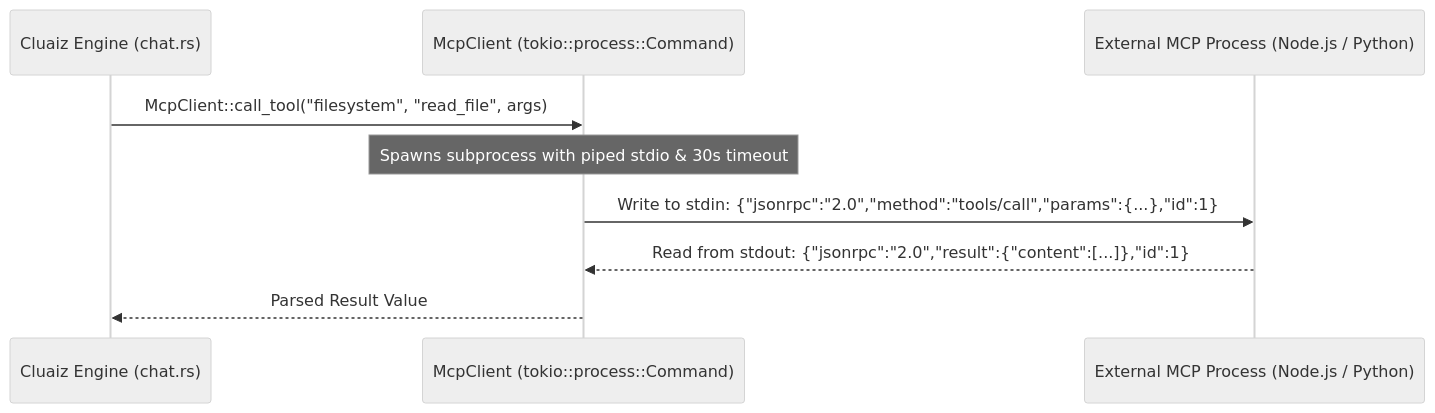
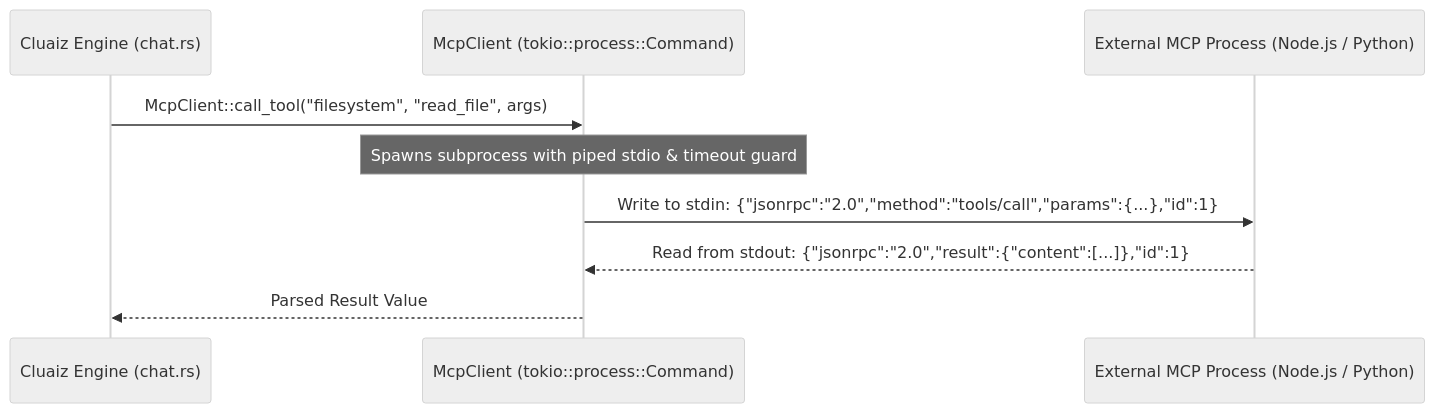
One commit to ayan-kushwaha/cluaiz-hub changed the diagram in docs/mcp/overview.md. Above: the diagram before and after it, drawn with Mermaid (neutral theme). The commit also changed other lines of this file and 53 other files, not shown here.

````diff
--- a/docs/mcp/overview.md
+++ b/docs/mcp/overview.md
@@ -17,12 +17,12 @@
 ```mermaid
 sequenceDiagram
     participant Engine as Cluaiz Engine (chat.rs)
     participant Client as McpClient (tokio::process::Command)
     participant Server as External MCP Process (Node.js / Python)
 
     Engine->>Client: McpClient::call_tool("filesystem", "read_file", args)
-    Note over Client: Spawns subprocess with piped stdio & 30s timeout
+    Note over Client: Spawns subprocess with piped stdio & timeout guard
     Client->>Server: Write to stdin: {"jsonrpc":"2.0","method":"tools/call","params":{...},"id":1}
     Server-->>Client: Read from stdout: {"jsonrpc":"2.0","result":{"content":[...]},"id":1}
     Client-->>Engine: Parsed Result Value
 ```
````
